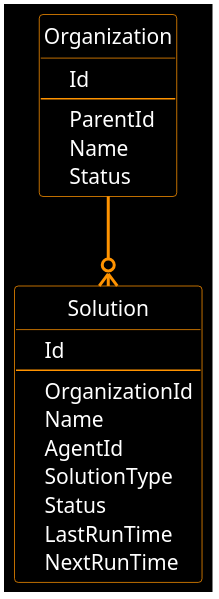
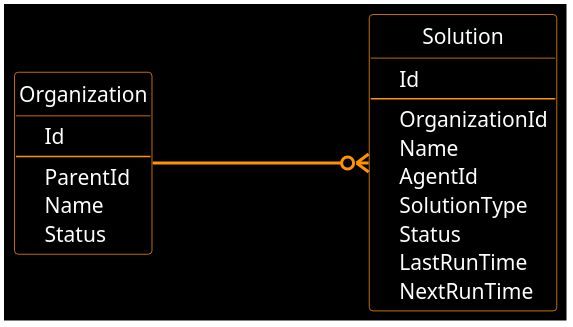
The diagram in Docs/metadata-metaphor.puml (valmaev/scribe-connector-demo), drawn with PlantUML before and after one commit.

Commit message:
Implement horizontal layout for ER-diagram

```diff
--- a/Docs/metadata-metaphor.puml
+++ b/Docs/metadata-metaphor.puml
@@ -1,44 +1,44 @@
 @startuml
 
 skinparam backgroundColor #000000
 skinparam shadowing false
 skinparam sequenceArrowThickness 2
 
 skinparam class {
     ArrowColor #FF9300
     ArrowFontName "Iosevka SS08"
     ArrowFontColor #FFFFFF
 
     AttributeFontName "Iosevka SS08"
     AttributeFontColor #FFFFFF
     BorderColor #FF9300
     BackgroundColor #000000
     FontName "Iosevka SS08"
     FontColor #FFFFFF
 }
 
 hide circle
 
 class Organization {
    * Id
    ---
    * ParentId
    * Name
    Status
 }
 
 class Solution {
    * Id
    ---
    * OrganizationId
    * Name
    * AgentId
    SolutionType
    Status
    LastRunTime
    NextRunTime
 }
 
-Organization --o{ Solution
+Organization -right-o{ Solution: \t\t\t\t
 
 @enduml
```
